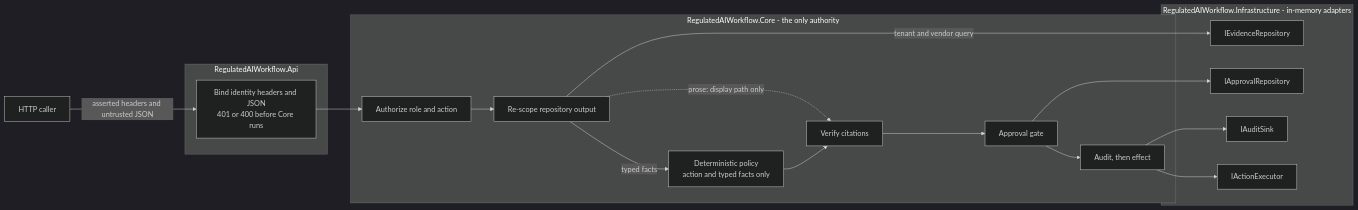
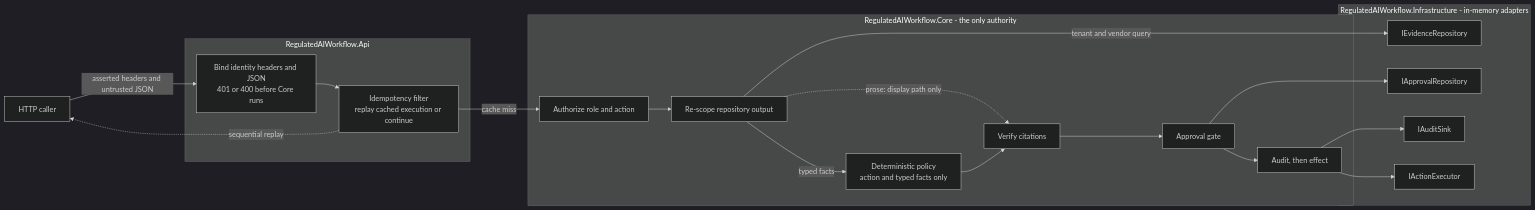
One commit to gitdamilare/RegulatedAIActionWorkflowEngine changed the diagram in README.md. Above: the diagram before and after it, drawn with Mermaid (dark theme). The commit also changed other lines of this file and 3 other files, not shown here.

Commit message:
Enhance documentation: Update README.md, THREAT_NOTES.md, AI_USAGE.md, and PRODUCTION_NOTES.md to reflect idempotency key implementation, sequential HTTP replay behavior, and test coverage improvements.

````diff
--- a/README.md
+++ b/README.md
@@ -40,35 +41,38 @@
 ```mermaid
 flowchart LR
   CALLER["HTTP caller"]
 
   subgraph API["RegulatedAIWorkflow.Api"]
     BIND["Bind identity headers and JSON<br/>401 or 400 before Core runs"]
+    IDEM["Idempotency filter<br/>replay cached execution or continue"]
   end
 
   subgraph CORE["RegulatedAIWorkflow.Core - the only authority"]
     AUTH["Authorize role and action"]
     SCOPE["Re-scope repository output"]
     RISK["Deterministic policy<br/>action and typed facts only"]
     CITE["Verify citations"]
     GATE["Approval gate"]
     AUDIT["Audit, then effect"]
   end
 
   subgraph INFRA["RegulatedAIWorkflow.Infrastructure - in-memory adapters"]
     EV["IEvidenceRepository"]
     AP["IApprovalRepository"]
     SINK["IAuditSink"]
     EX["IActionExecutor"]
   end
 
   CALLER -->|"asserted headers and untrusted JSON"| BIND
-  BIND --> AUTH --> SCOPE
+  BIND --> IDEM
+  IDEM -->|"cache miss"| AUTH --> SCOPE
+  IDEM -.->|"sequential replay"| CALLER
   SCOPE -->|"tenant and vendor query"| EV
   SCOPE -->|"typed facts"| RISK
   SCOPE -.->|"prose: display path only"| CITE
   RISK --> CITE --> GATE
   GATE --> AP
   GATE --> AUDIT
   AUDIT --> SINK
   AUDIT --> EX
 ```
````
